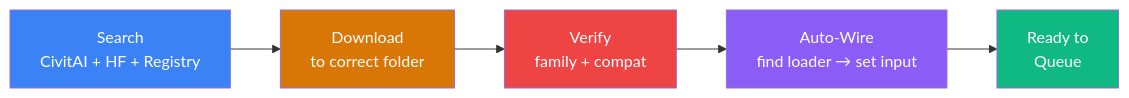
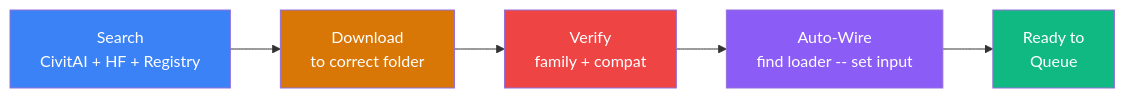
One commit to JosephOIbrahim/Comfy-Cozy changed the tenth of 17 diagrams in README.md. Above: the diagram before and after it, drawn with Mermaid. The commit also changed other lines of this file, not shown here.

First line of the commit message:
docs: ADHD-friendly README — symlink install, scannable steps, updated diagrams

````diff
--- a/README.md
+++ b/README.md
@@ -484,13 +539,13 @@
 ```mermaid
 flowchart LR
     Search["Search<br/>CivitAI + HF + Registry"] --> Download["Download<br/>to correct folder"]
     Download --> Verify["Verify<br/>family + compat"]
-    Verify --> Wire["Auto-Wire<br/>find loader → set input"]
+    Verify --> Wire["Auto-Wire<br/>find loader -- set input"]
     Wire --> Ready["Ready to<br/>Queue"]
 
     style Search fill:#3b82f6,color:#fff
     style Download fill:#d97706,color:#fff
     style Verify fill:#ef4444,color:#fff
     style Wire fill:#8b5cf6,color:#fff
     style Ready fill:#10b981,color:#fff
 ```
````
